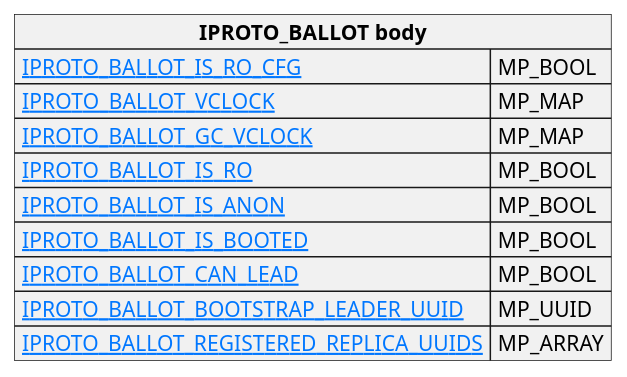
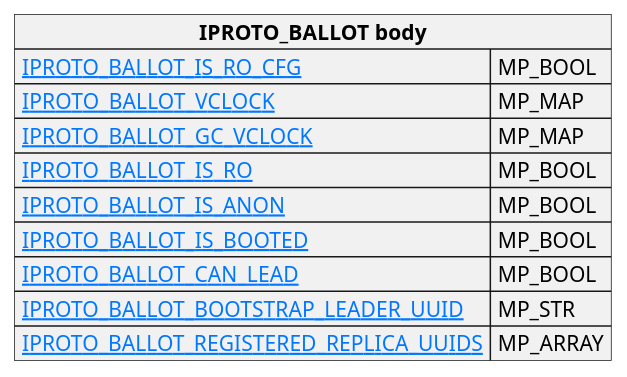
One commit to tarantool/doc changed the diagram in doc/dev_guide/internals/iproto/images/repl_ballot.puml. Above: the diagram before and after it, drawn with PlantUML. The commit also changed 3 other files, not shown here.

```diff
--- a/doc/dev_guide/internals/iproto/images/repl_ballot.puml
+++ b/doc/dev_guide/internals/iproto/images/repl_ballot.puml
@@ -1,22 +1,22 @@
 @startuml
 
 skinparam {
     HyperlinkColor #0077FF
     FontColor #313131
     BorderColor #313131
     BackgroundColor transparent
 }
 
 json "**IPROTO_BALLOT body**" as ballot {
     "[[https://tarantool.io/en/doc/latest/dev_guide/internals/iproto/keys/#general-replication IPROTO_BALLOT_IS_RO_CFG]]": "MP_BOOL",
     "[[https://tarantool.io/en/doc/latest/dev_guide/internals/iproto/keys/#general-replication IPROTO_BALLOT_VCLOCK]]": "MP_MAP",
     "[[https://tarantool.io/en/doc/latest/dev_guide/internals/iproto/keys/#general-replication IPROTO_BALLOT_GC_VCLOCK]]": "MP_MAP",
     "[[https://tarantool.io/en/doc/latest/dev_guide/internals/iproto/keys/#general-replication IPROTO_BALLOT_IS_RO]]": "MP_BOOL",
     "[[https://tarantool.io/en/doc/latest/dev_guide/internals/iproto/keys/#general-replication IPROTO_BALLOT_IS_ANON]]": "MP_BOOL",
     "[[https://tarantool.io/en/doc/latest/dev_guide/internals/iproto/keys/#general-replication IPROTO_BALLOT_IS_BOOTED]]": "MP_BOOL",
     "[[https://tarantool.io/en/doc/latest/dev_guide/internals/iproto/keys/#general-replication IPROTO_BALLOT_CAN_LEAD]]": "MP_BOOL",
-    "[[https://tarantool.io/en/doc/latest/dev_guide/internals/iproto/keys/#general-replication IPROTO_BALLOT_BOOTSTRAP_LEADER_UUID]]": "MP_UUID",
+    "[[https://tarantool.io/en/doc/latest/dev_guide/internals/iproto/keys/#general-replication IPROTO_BALLOT_BOOTSTRAP_LEADER_UUID]]": "MP_STR",
     "[[https://tarantool.io/en/doc/latest/dev_guide/internals/iproto/keys/#general-replication IPROTO_BALLOT_REGISTERED_REPLICA_UUIDS]]": "MP_ARRAY"
 }
 
 @enduml
```
